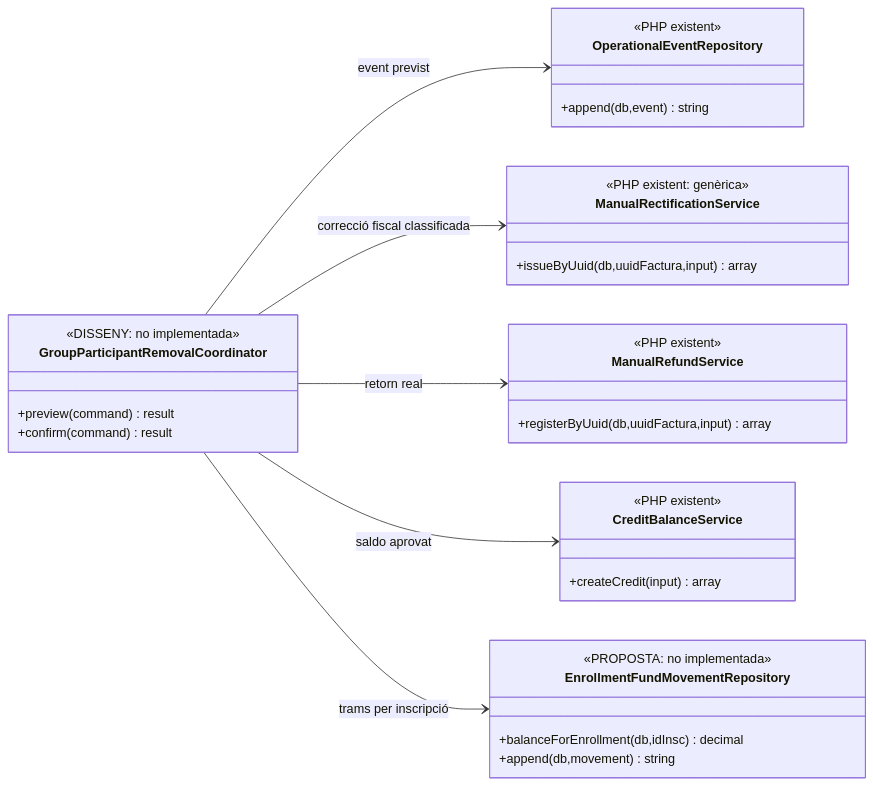
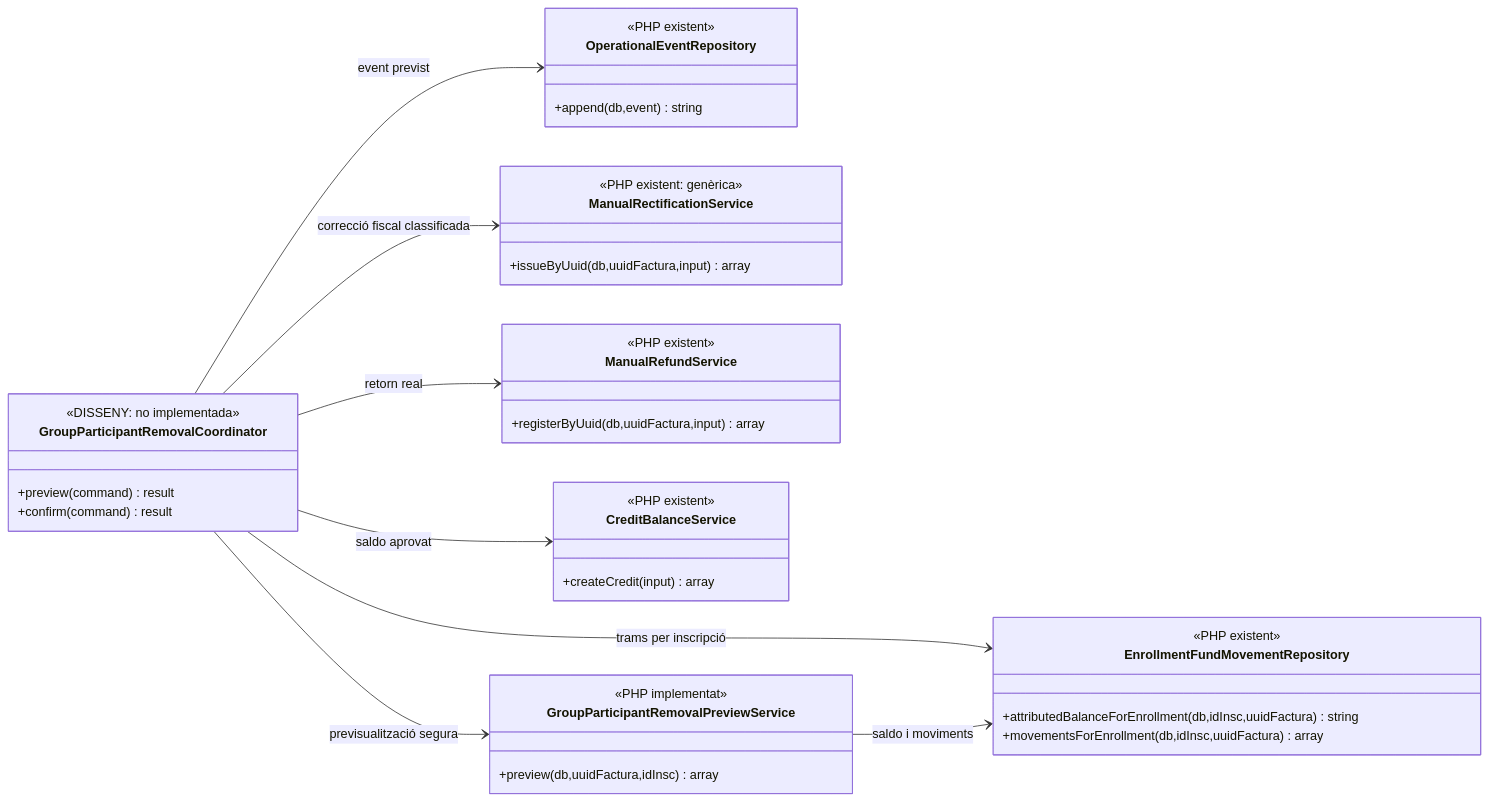
Before and after one commit to orgmeriemprismacat-del/verifactu: the third of 5 diagrams in documentacio/07-uml-integrat/uc-016b-treure-participant-grup-emes.md, drawn with Mermaid. The commit also changed other lines of this file, not shown here.

Commit message:
UC-016B reconcile docs with executable removal preview

````diff
--- a/documentacio/07-uml-integrat/uc-016b-treure-participant-grup-emes.md
+++ b/documentacio/07-uml-integrat/uc-016b-treure-participant-grup-emes.md
@@ -116,35 +116,41 @@
 ```mermaid
 classDiagram
 direction LR
 class GroupParticipantRemovalCoordinator {
  <<DISSENY: no implementada>>
  +preview(command) result
  +confirm(command) result
 }
 class OperationalEventRepository {
  <<PHP existent>>
  +append(db,event) string
 }
 class ManualRectificationService {
  <<PHP existent: genèrica>>
  +issueByUuid(db,uuidFactura,input) array
 }
 class ManualRefundService {
  <<PHP existent>>
  +registerByUuid(db,uuidFactura,input) array
 }
 class CreditBalanceService {
  <<PHP existent>>
  +createCredit(input) array
 }
 class EnrollmentFundMovementRepository {
- <<PROPOSTA: no implementada>>
- +balanceForEnrollment(db,idInsc) decimal
- +append(db,movement) string
+ <<PHP existent>>
+ +attributedBalanceForEnrollment(db,idInsc,uuidFactura) string
+ +movementsForEnrollment(db,idInsc,uuidFactura) array
+}
+class GroupParticipantRemovalPreviewService {
+ <<PHP implementat>>
+ +preview(db,uuidFactura,idInsc) array
 }
 GroupParticipantRemovalCoordinator --> OperationalEventRepository : event previst
 GroupParticipantRemovalCoordinator --> ManualRectificationService : correcció fiscal classificada
 GroupParticipantRemovalCoordinator --> ManualRefundService : retorn real
 GroupParticipantRemovalCoordinator --> CreditBalanceService : saldo aprovat
 GroupParticipantRemovalCoordinator --> EnrollmentFundMovementRepository : trams per inscripció
+GroupParticipantRemovalCoordinator --> GroupParticipantRemovalPreviewService : previsualització segura
+GroupParticipantRemovalPreviewService --> EnrollmentFundMovementRepository : saldo i moviments
 ```
````
